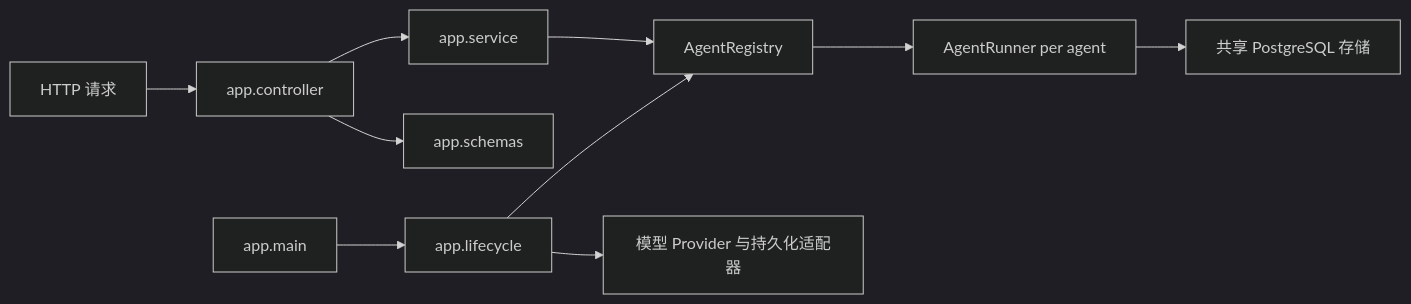
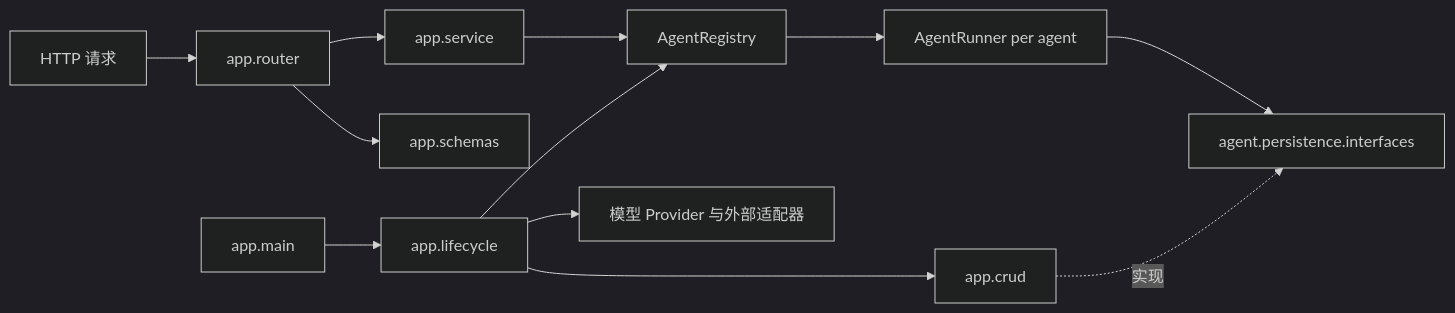
One commit to zt20001126/NexusAI changed the diagram in docs/ARCHITECTURE.md. Above: the diagram before and after it, drawn with Mermaid (dark theme). The commit also changed other lines of this file and 14 other files, not shown here.

Commit message:
refactor: 将后端分层调整为 router service crud

````diff
--- a/docs/ARCHITECTURE.md
+++ b/docs/ARCHITECTURE.md
@@ -7,12 +7,14 @@
 ```mermaid
 flowchart LR
-    Client[HTTP 请求] --> Controller[app.controller]
-    Controller --> Service[app.service]
+    Client[HTTP 请求] --> Router[app.router]
+    Router --> Service[app.service]
     Service --> Registry[AgentRegistry]
     Registry --> Runtime[AgentRunner per agent]
-    Runtime --> Persistence[共享 PostgreSQL 存储]
-    Controller --> Schemas[app.schemas]
+    Runtime --> PersistencePort[agent.persistence.interfaces]
+    PersistenceCRUD[app.crud] -. 实现 .-> PersistencePort
+    Router --> Schemas[app.schemas]
     Main[app.main] --> Lifecycle[app.lifecycle]
     Lifecycle --> Registry
-    Lifecycle --> Infrastructure[模型 Provider 与持久化适配器]
+    Lifecycle --> PersistenceCRUD
+    Lifecycle --> Infrastructure[模型 Provider 与外部适配器]
 ```
````
